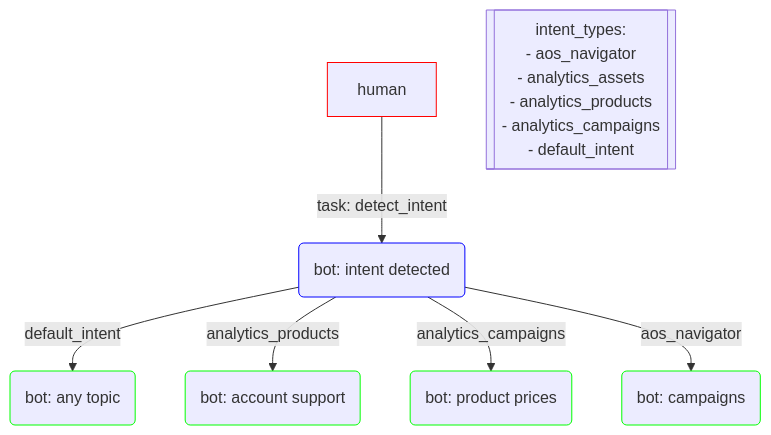
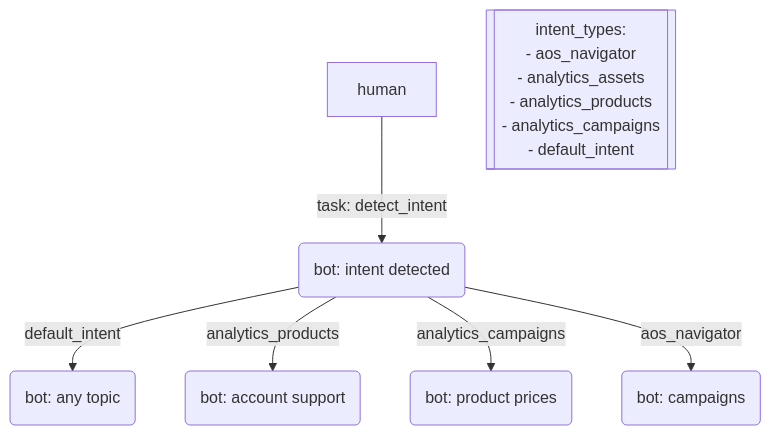
The diagram in gen_ai/conversational/multi_intent/readme.md (jchavezar/vertex-ai-samples), drawn with Mermaid before and after one commit.

Commit message:
dev-4-23

````diff
--- a/gen_ai/conversational/multi_intent/readme.md
+++ b/gen_ai/conversational/multi_intent/readme.md
@@ -5,24 +5,22 @@
 ```mermaid
 graph TB
-    human:::foo -- "task: detect_intent" --> bot(bot: intent detected):::bar
-    classDef foo stroke:#f00
-    classDef bar stroke:#00f
+    human -- "task: detect_intent" --> bot(bot: intent detected)
     id1[[intent_types:
     - aos_navigator
     - analytics_assets
     - analytics_products
     - analytics_campaigns
     - default_intent
     ]]
 
-    bot -- "default_intent" --> greetings(bot: any topic):::foobar
-    bot -- "analytics_products" --> account_support(bot: account support):::foobar
-    bot -- "analytics_campaigns" --> product_prices(bot: product prices):::foobar
-    bot -- "aos_navigator" --> marketing_campaigns(bot: campaigns):::foobar
-    classDef foobar stroke:#0f0
+    bot -- "default_intent" --> greetings(bot: any topic)
+    bot -- "analytics_products" --> account_support(bot: account support)
+    bot -- "analytics_campaigns" --> product_prices(bot: product prices)
+    bot -- "aos_navigator" --> marketing_campaigns(bot: campaigns)
+
 
     
 
     
 
 ```
````
